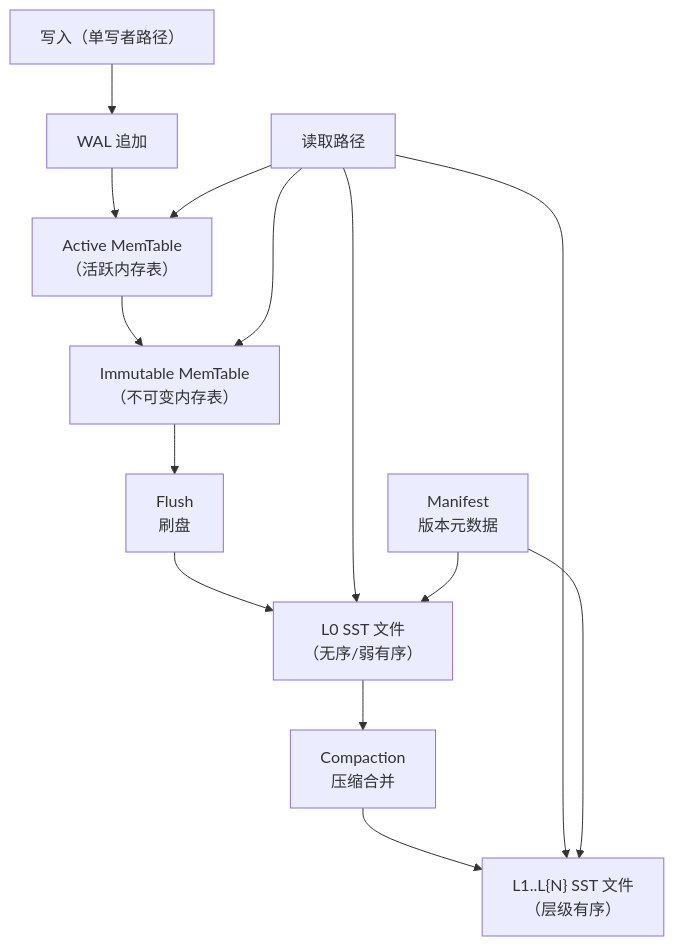
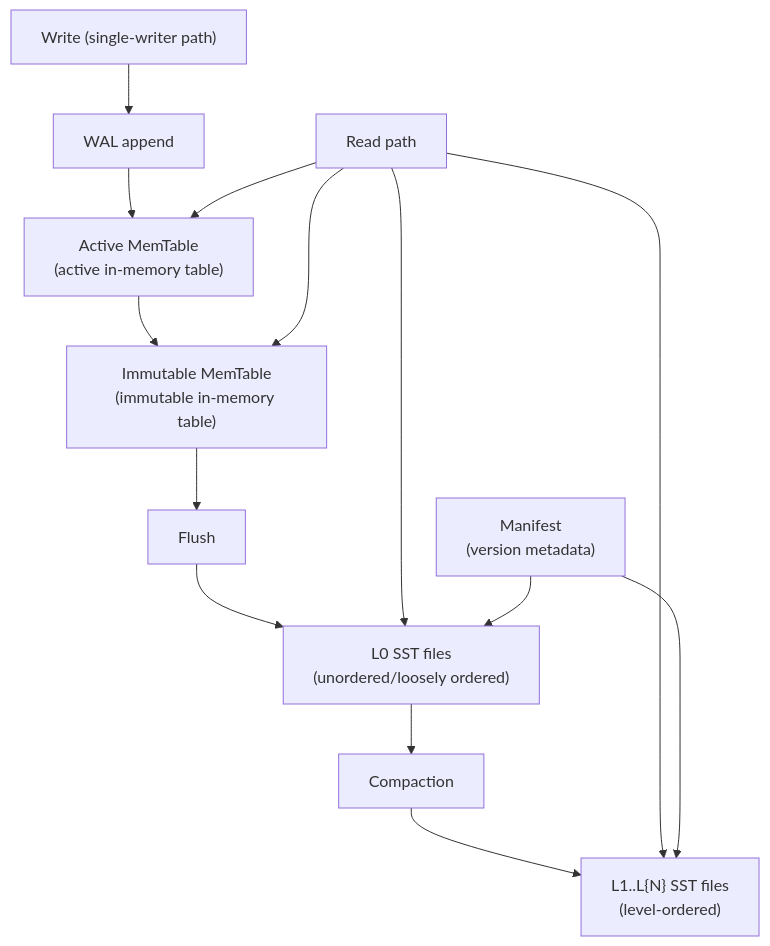
Before and after one commit to viloris-org/Pico: the first of 2 diagrams in docs/architecture/lsm-storage.md, drawn with Mermaid. The commit also changed other lines of this file and 30 other files, not shown here.

````diff
--- a/docs/architecture/lsm-storage.md
+++ b/docs/architecture/lsm-storage.md
@@ -22,16 +22,16 @@
 ```mermaid
 flowchart TB
-    writer["写入（单写者路径）"] --> wal["WAL 追加"]
-    wal --> mem["Active MemTable\n（活跃内存表）"]
-    mem --> imm["Immutable MemTable\n（不可变内存表）"]
-    imm --> flush["Flush\n刷盘"]
-    flush --> l0["L0 SST 文件\n（无序/弱有序）"]
-    l0 --> compact["Compaction\n压缩合并"]
-    compact --> l1["L1..L{N} SST 文件\n（层级有序）"]
-    reader["读取路径"] --> mem
+    writer["Write (single-writer path)"] --> wal["WAL append"]
+    wal --> mem["Active MemTable\n(active in-memory table)"]
+    mem --> imm["Immutable MemTable\n(immutable in-memory table)"]
+    imm --> flush["Flush"]
+    flush --> l0["L0 SST files\n(unordered/loosely ordered)"]
+    l0 --> compact["Compaction"]
+    compact --> l1["L1..L{N} SST files\n(level-ordered)"]
+    reader["Read path"] --> mem
     reader --> imm
     reader --> l0
     reader --> l1
-    manifest["Manifest\n版本元数据"] --> l0
+    manifest["Manifest\n(version metadata)"] --> l0
     manifest --> l1
 ```
````
